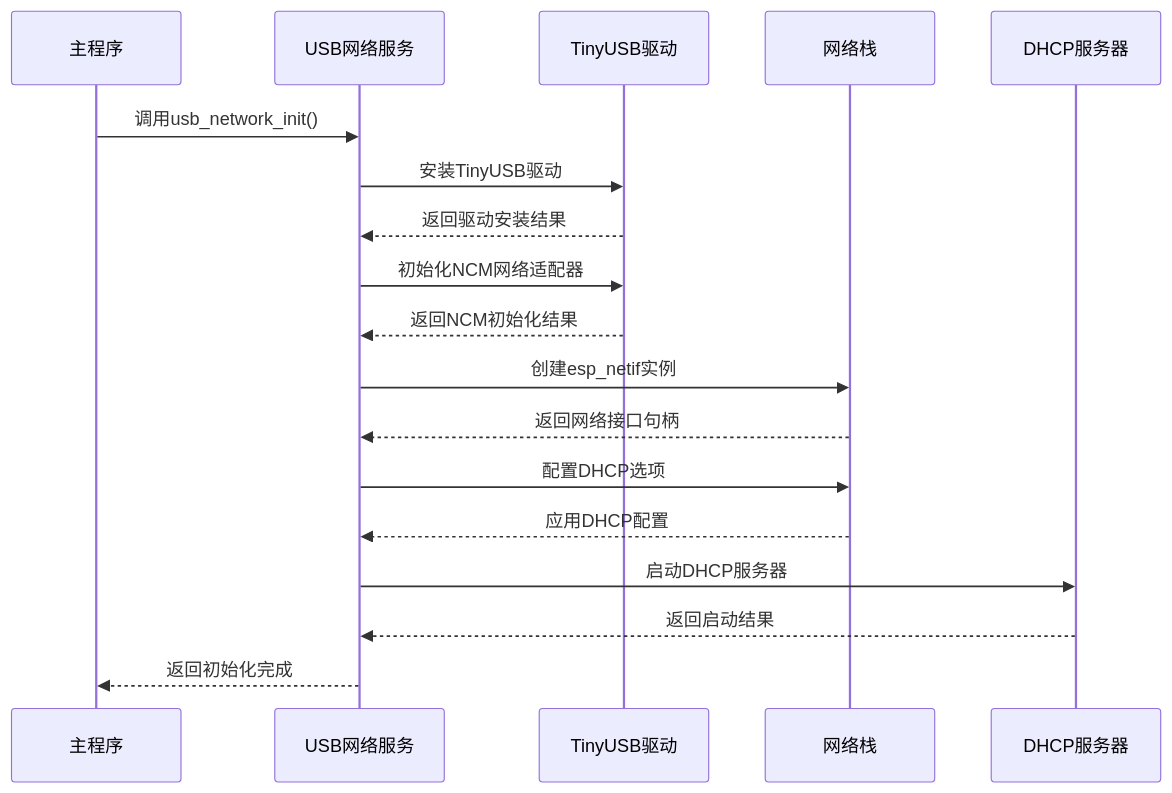
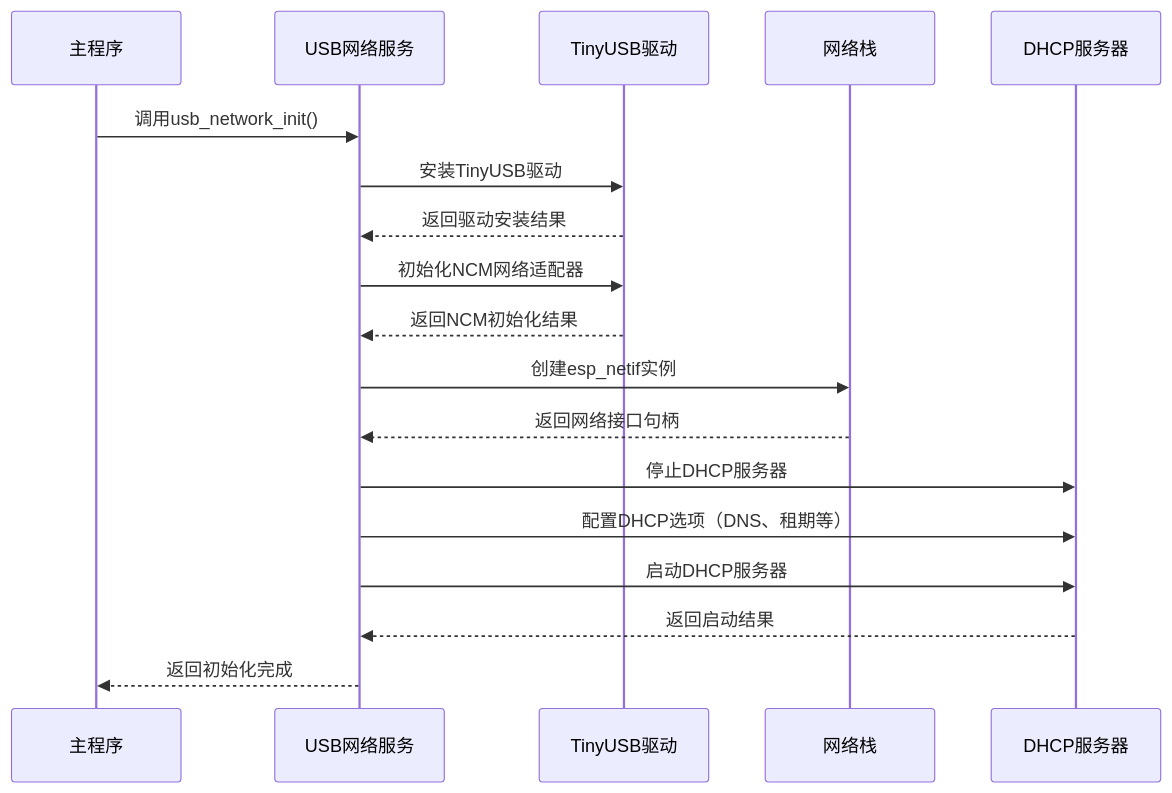
One commit to yjvfeng1990/wifi changed the third of 13 diagrams in .qoder/repowiki/zh/content/USB网络共享系统.md. Above: the diagram before and after it, drawn with Mermaid. The commit also changed other lines of this file and 9 other files, not shown here.

````diff
--- a/.qoder/repowiki/zh/content/USB网络共享系统.md
+++ b/.qoder/repowiki/zh/content/USB网络共享系统.md
@@ -179,20 +179,20 @@
 ```mermaid
 sequenceDiagram
 participant Main as 主程序
 participant USB as USB网络服务
 participant Tiny as TinyUSB驱动
 participant Net as 网络栈
 participant DHCP as DHCP服务器
 Main->>USB : 调用usb_network_init()
 USB->>Tiny : 安装TinyUSB驱动
 Tiny-->>USB : 返回驱动安装结果
 USB->>Tiny : 初始化NCM网络适配器
 Tiny-->>USB : 返回NCM初始化结果
 USB->>Net : 创建esp_netif实例
 Net-->>USB : 返回网络接口句柄
-USB->>Net : 配置DHCP选项
-Net-->>USB : 应用DHCP配置
+USB->>DHCP : 停止DHCP服务器
+USB->>DHCP : 配置DHCP选项（DNS、租期等）
 USB->>DHCP : 启动DHCP服务器
 DHCP-->>USB : 返回启动结果
 USB-->>Main : 返回初始化完成
 ```
````
